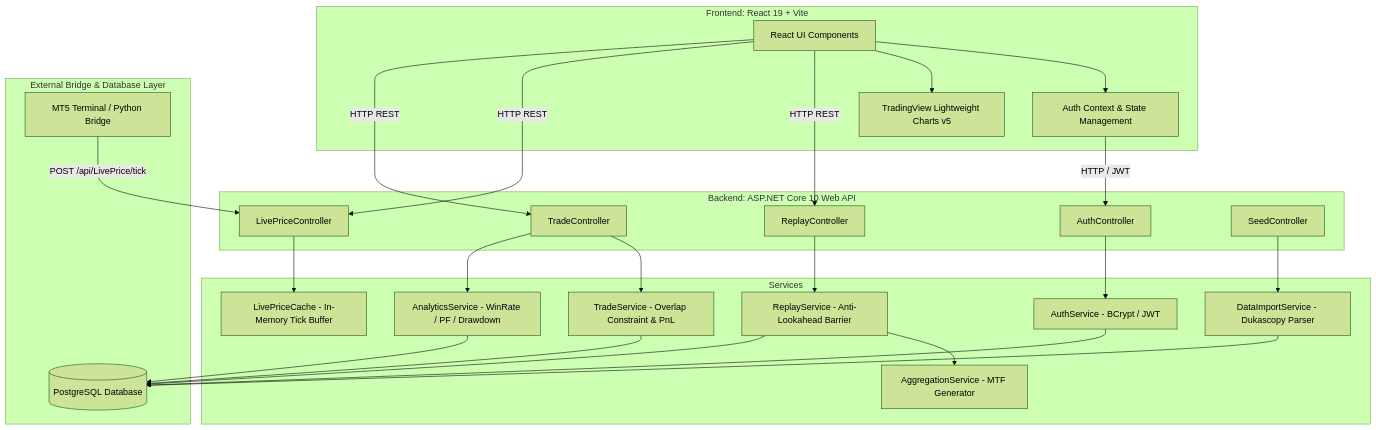
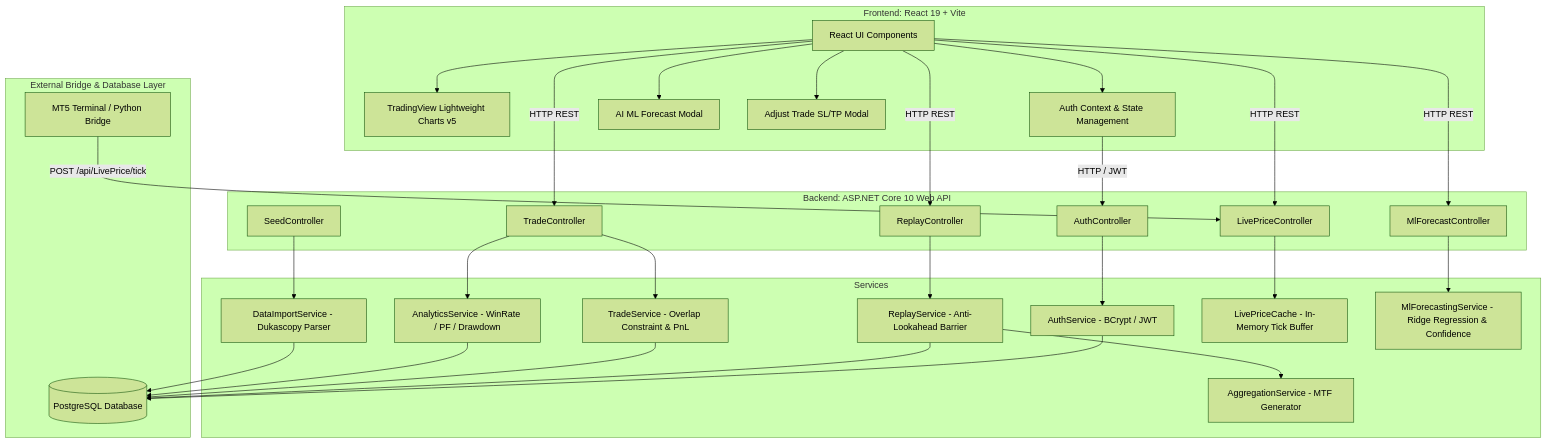
Before and after one commit to abibinu/AegisTrader: the first of 2 diagrams in README.md, drawn with Mermaid (forest theme). The commit also changed other lines of this file and 3 other files, not shown here.

Commit message:
fix: resolve LivePage blank screen runtime error and update README & Master Guide with ML Forecaster and Interactive Chart SL/TP features

````diff
--- a/README.md
+++ b/README.md
@@ -33,54 +36,62 @@
 ```mermaid
 graph TD
     subgraph Presentation Layer [Frontend: React 19 + Vite]
         UI[React UI Components]
         TV[TradingView Lightweight Charts v5]
         AuthContext[Auth Context & State Management]
+        MLModal[AI ML Forecast Modal]
+        AdjModal[Adjust Trade SL/TP Modal]
     end
 
     subgraph API Layer [Backend: ASP.NET Core 10 Web API]
         AuthCtrl[AuthController]
         ReplayCtrl[ReplayController]
         LiveCtrl[LivePriceController]
         TradeCtrl[TradeController]
         SeedCtrl[SeedController]
+        MlCtrl[MlForecastController]
     end
 
     subgraph Business Logic Layer [Services]
         AuthSvc[AuthService - BCrypt / JWT]
         ReplaySvc[ReplayService - Anti-Lookahead Barrier]
         AggSvc[AggregationService - MTF Generator]
         TradeSvc[TradeService - Overlap Constraint & PnL]
         AnalyticsSvc[AnalyticsService - WinRate / PF / Drawdown]
         ImportSvc[DataImportService - Dukascopy Parser]
         LiveCache[LivePriceCache - In-Memory Tick Buffer]
+        MlSvc[MlForecastingService - Ridge Regression & Confidence]
     end
 
     subgraph External Bridge & Database Layer
         MT5[MT5 Terminal / Python Bridge]
         PG[(PostgreSQL Database)]
     end
 
     UI --> AuthContext
     UI --> TV
+    UI --> MLModal
+    UI --> AdjModal
     AuthContext -- HTTP / JWT --> AuthCtrl
     UI -- HTTP REST --> ReplayCtrl
     UI -- HTTP REST --> LiveCtrl
     UI -- HTTP REST --> TradeCtrl
+    UI -- HTTP REST --> MlCtrl
 
     MT5 -- POST /api/LivePrice/tick --> LiveCtrl
 
     AuthCtrl --> AuthSvc
     ReplayCtrl --> ReplaySvc
     ReplaySvc --> AggSvc
     LiveCtrl --> LiveCache
     TradeCtrl --> TradeSvc
     TradeCtrl --> AnalyticsSvc
     SeedCtrl --> ImportSvc
+    MlCtrl --> MlSvc
 
     AuthSvc --> PG
     ReplaySvc --> PG
     TradeSvc --> PG
     AnalyticsSvc --> PG
     ImportSvc --> PG
 ```
````
